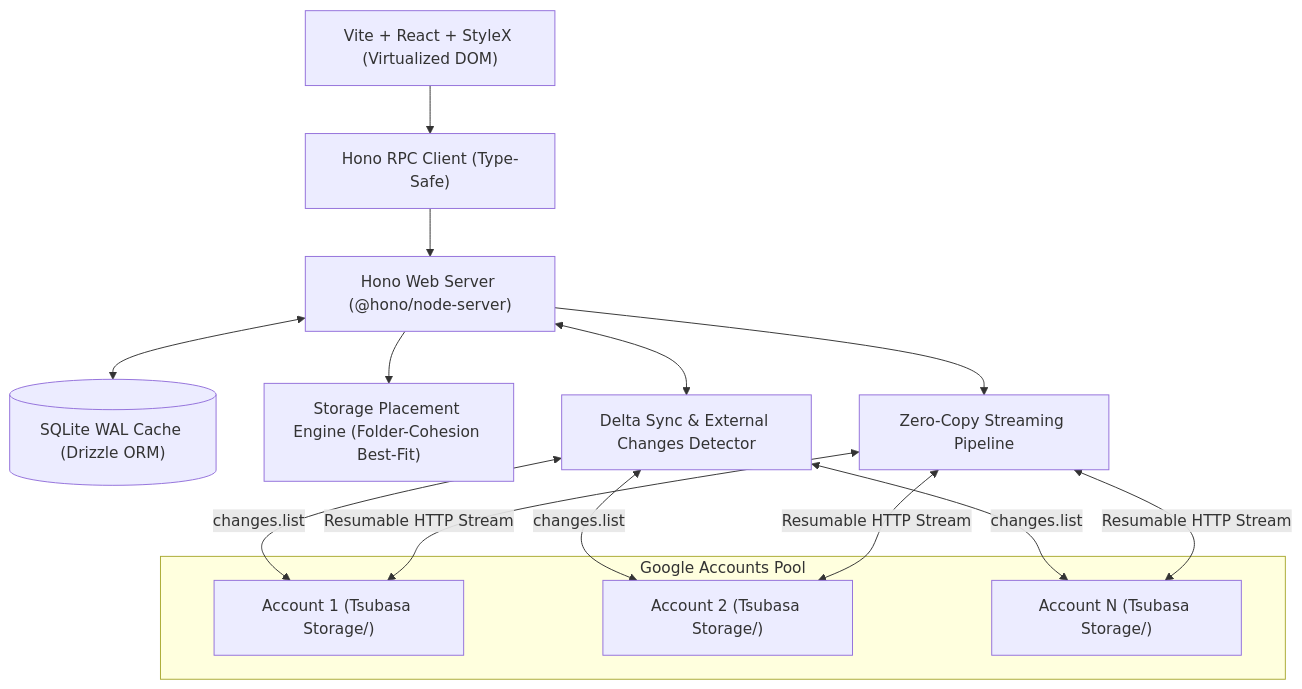
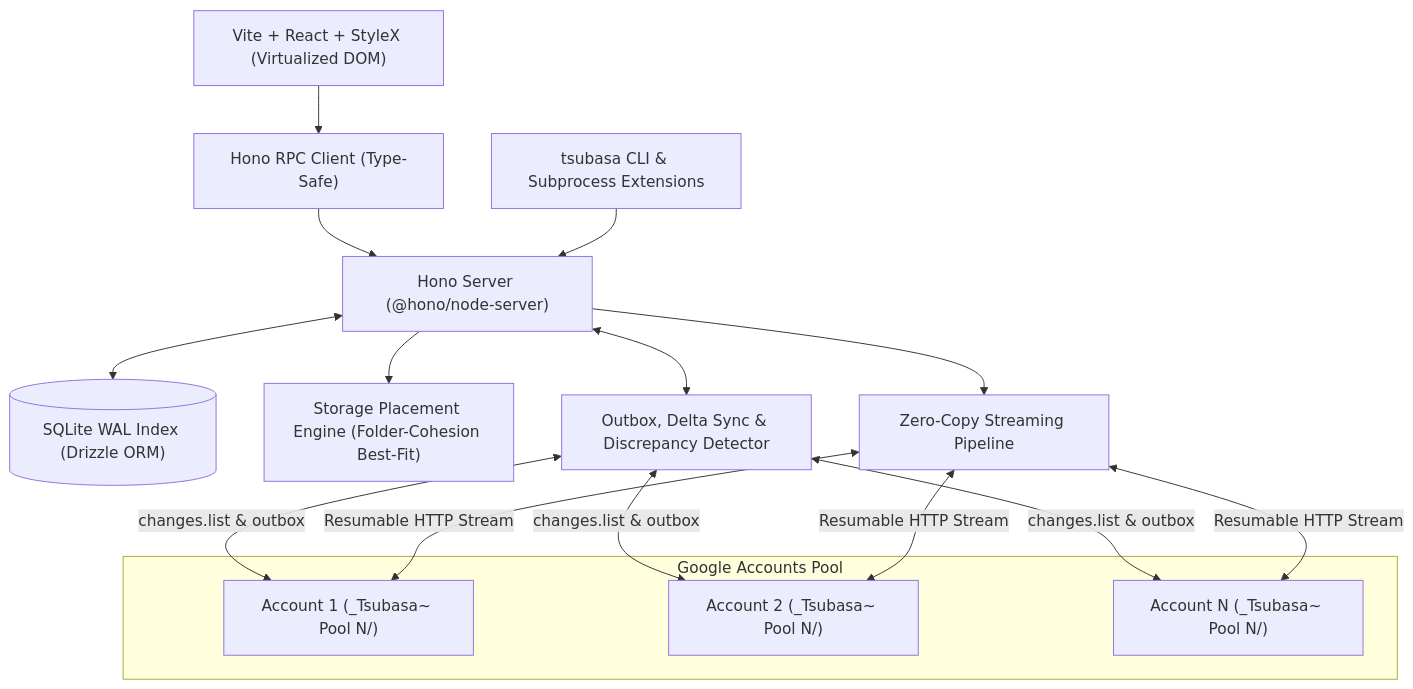
Before and after one commit to 4163/tsubasa-cloud: the first of 3 diagrams in docs/roadmap.md, drawn with Mermaid. The commit also changed other lines of this file and 8 other files, not shown here.

````diff
--- a/docs/roadmap.md
+++ b/docs/roadmap.md
@@ -9,29 +7,31 @@
 ```mermaid
 graph TD
     UI["Vite + React + StyleX (Virtualized DOM)"]
+    CLI["tsubasa CLI & Subprocess Extensions"]
     RPC["Hono RPC Client (Type-Safe)"]
-    Hono["Hono Web Server (@hono/node-server)"]
-    Cache[("SQLite WAL Cache (Drizzle ORM)")]
+    Hono["Hono Server (@hono/node-server)"]
+    Cache[("SQLite WAL Index (Drizzle ORM)")]
     Engine["Storage Placement Engine (Folder-Cohesion Best-Fit)"]
     Stream["Zero-Copy Streaming Pipeline"]
-    Delta["Delta Sync & External Changes Detector"]
-    
+    Sync["Outbox, Delta Sync & Discrepancy Detector"]
+
     subgraph Google Accounts Pool
-        Acc1["Account 1 (Tsubasa Storage/)"]
-        Acc2["Account 2 (Tsubasa Storage/)"]
-        AccN["Account N (Tsubasa Storage/)"]
+        Acc1["Account 1 (_Tsubasa~ Pool N/)"]
+        Acc2["Account 2 (_Tsubasa~ Pool N/)"]
+        AccN["Account N (_Tsubasa~ Pool N/)"]
     end
 
     UI --> RPC
     RPC --> Hono
+    CLI --> Hono
     Hono <--> Cache
     Hono --> Engine
     Hono --> Stream
-    Hono <--> Delta
-    Delta <-->|changes.list| Acc1
-    Delta <-->|changes.list| Acc2
-    Delta <-->|changes.list| AccN
+    Hono <--> Sync
+    Sync <-->|changes.list & outbox| Acc1
+    Sync <-->|changes.list & outbox| Acc2
+    Sync <-->|changes.list & outbox| AccN
     Stream <-->|Resumable HTTP Stream| Acc1
     Stream <-->|Resumable HTTP Stream| Acc2
     Stream <-->|Resumable HTTP Stream| AccN
 ```
````
